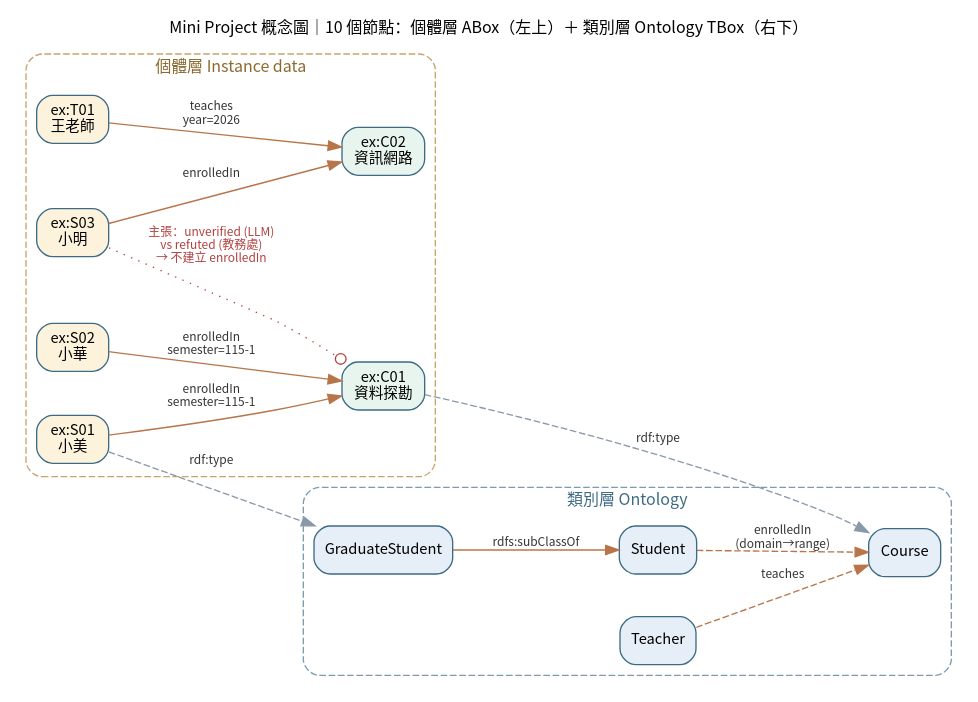
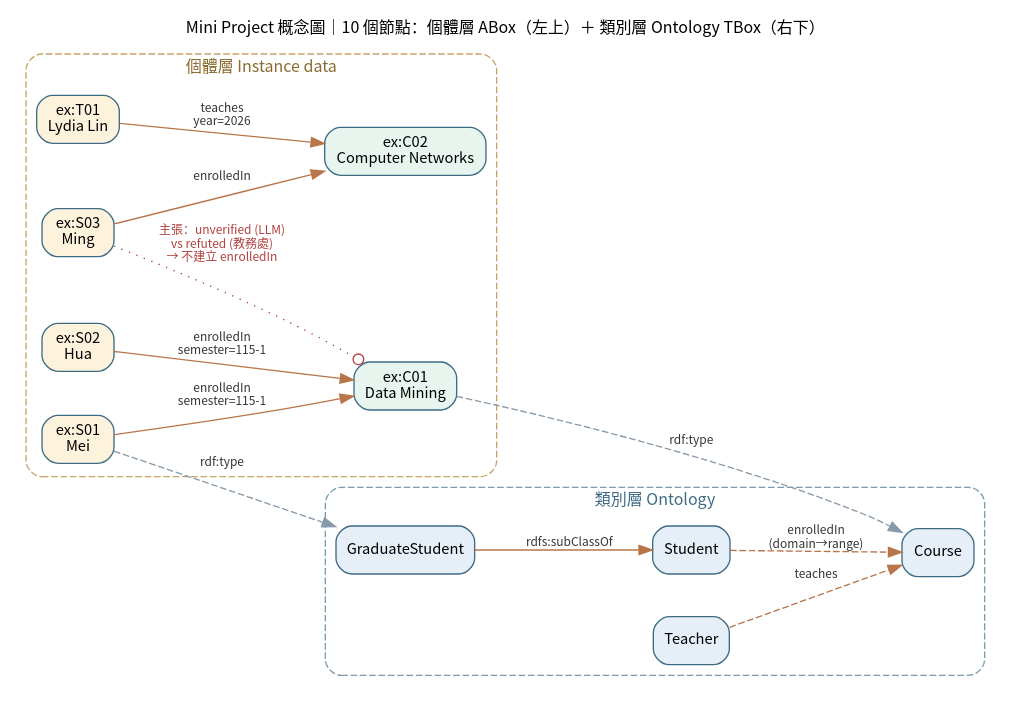
One commit to Lydia-HML/kg-mini-project changed the diagram in concept_map.dot. Above: the diagram before and after it, drawn with Graphviz. The commit also changed 13 other files, not shown here.

First line of the commit message:
Translate all KG data to English; teacher is now Lydia Lin

```diff
--- a/concept_map.dot
+++ b/concept_map.dot
@@ -1,36 +1,36 @@
 // 概念圖：10 個節點（類別層 4 + 個體層 6），講義第 23 頁繳交物
 digraph KG {
   graph [rankdir=LR, fontname="Noto Sans CJK TC", fontsize=12, nodesep=0.45, ranksep=0.8, bgcolor="white",
          label="Mini Project 概念圖｜10 個節點：個體層 ABox（左上）＋ 類別層 Ontology TBox（右下）", labelloc=t];
   node  [fontname="Noto Sans CJK TC", fontsize=11, shape=box, style="rounded,filled", color="#3d6b84"];
   edge  [fontname="Noto Sans CJK TC", fontsize=9, color="#b8754a", fontcolor="#333333"];
 
   subgraph cluster_tbox {
     label="類別層 Ontology"; style="rounded,dashed"; color="#7a9bb0"; fontcolor="#3d6b84";
     GraduateStudent [fillcolor="#e6eef7"];
     Student [fillcolor="#e6eef7"];
     Course  [fillcolor="#e6eef7"];
     Teacher [fillcolor="#e6eef7"];
     GraduateStudent -> Student [label="rdfs:subClassOf"];
     Student -> Course [label="enrolledIn\n(domain→range)", style=dashed];
     Teacher -> Course [label="teaches", style=dashed];
   }
 
   subgraph cluster_abox {
     label="個體層 Instance data"; style="rounded,dashed"; color="#c9a46a"; fontcolor="#8a6a2f";
-    S01 [label="ex:S01\n小美", fillcolor="#fdf3dd"];
-    S02 [label="ex:S02\n小華", fillcolor="#fdf3dd"];
-    S03 [label="ex:S03\n小明", fillcolor="#fdf3dd"];
-    C01 [label="ex:C01\n資料探勘", fillcolor="#e7f5ee"];
-    C02 [label="ex:C02\n資訊網路", fillcolor="#e7f5ee"];
-    T01 [label="ex:T01\n王老師", fillcolor="#fdf3dd"];
+    S01 [label="ex:S01\nMei", fillcolor="#fdf3dd"];
+    S02 [label="ex:S02\nHua", fillcolor="#fdf3dd"];
+    S03 [label="ex:S03\nMing", fillcolor="#fdf3dd"];
+    C01 [label="ex:C01\nData Mining", fillcolor="#e7f5ee"];
+    C02 [label="ex:C02\nComputer Networks", fillcolor="#e7f5ee"];
+    T01 [label="ex:T01\nLydia Lin", fillcolor="#fdf3dd"];
     S01 -> C01 [label="enrolledIn\nsemester=115-1"];
     S02 -> C01 [label="enrolledIn\nsemester=115-1"];
     S03 -> C02 [label="enrolledIn"];
     T01 -> C02 [label="teaches\nyear=2026"];
     S03 -> C01 [label="主張：unverified (LLM)\n vs refuted (教務處)\n→ 不建立 enrolledIn", style=dotted, color="#b0413e", fontcolor="#b0413e", arrowhead=odot];
   }
 
   S01 -> GraduateStudent [label="rdf:type", color="#8899aa", style=dashed];
   C01 -> Course [label="rdf:type", color="#8899aa", style=dashed];
 }
```
